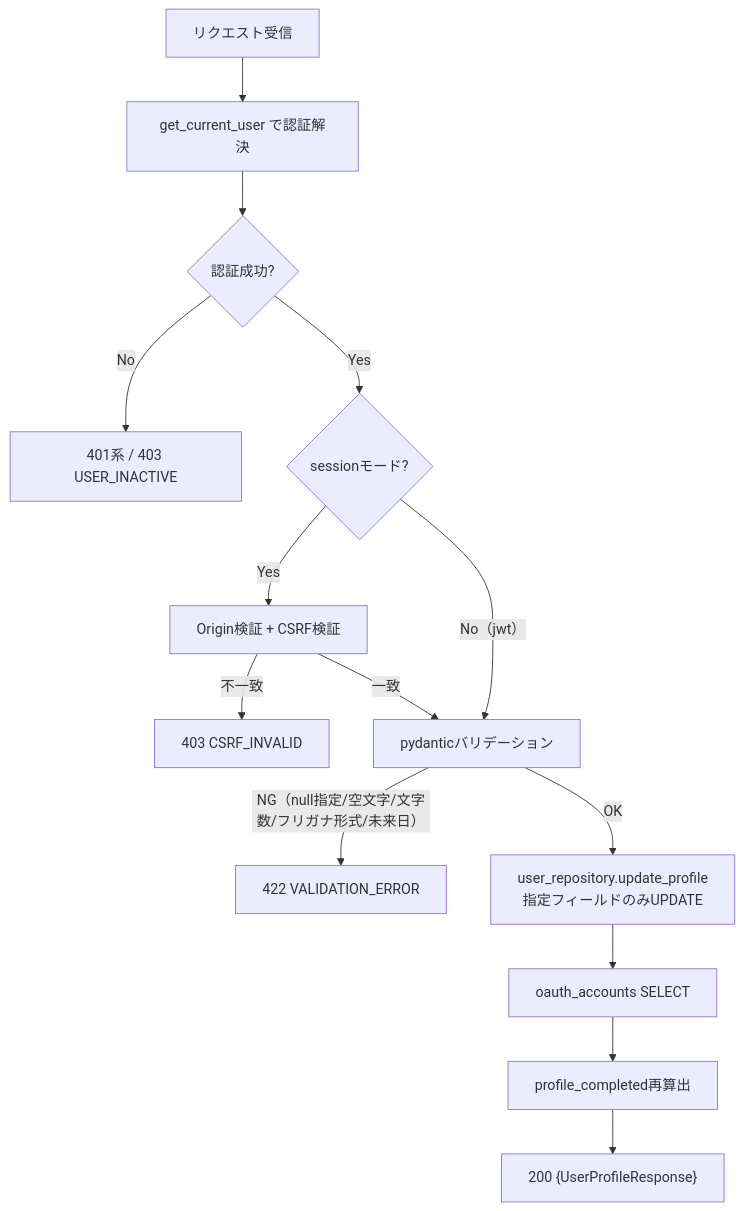
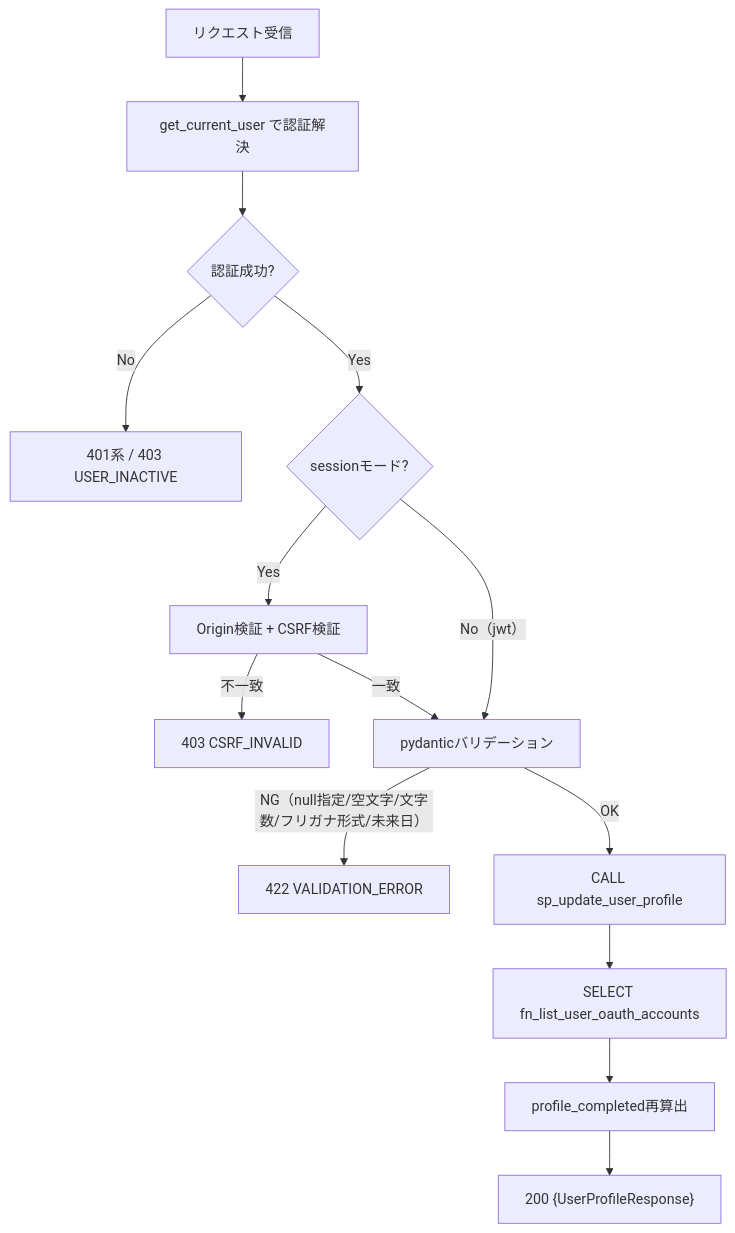
The second of 4 diagrams in detailed_design/api/users/02_patch_users_me.md (oikawa-d/task_management), drawn with Mermaid before and after one commit. The commit also changed other lines of this file and 58 other files, not shown here.

````diff
--- a/detailed_design/api/users/02_patch_users_me.md
+++ b/detailed_design/api/users/02_patch_users_me.md
@@ -143,16 +143,16 @@
 ```mermaid
 flowchart TB
     A["リクエスト受信"] --> B["get_current_user で認証解決"]
     B --> C{"認証成功?"}
     C -->|"No"| E1["401系 / 403 USER_INACTIVE"]
     C -->|"Yes"| D{"sessionモード?"}
     D -->|"Yes"| E["Origin検証 + CSRF検証"]
     E -->|"不一致"| E2["403 CSRF_INVALID"]
     E -->|"一致"| F["pydanticバリデーション"]
     D -->|"No（jwt）"| F
     F -->|"NG（null指定/空文字/文字数/フリガナ形式/未来日）"| E3["422 VALIDATION_ERROR"]
-    F -->|"OK"| G["user_repository.update_profile<br/>指定フィールドのみUPDATE"]
-    G --> H["oauth_accounts SELECT"]
+    F -->|"OK"| G["CALL sp_update_user_profile"]
+    G --> H["SELECT fn_list_user_oauth_accounts"]
     H --> I["profile_completed再算出"]
     I --> J["200 {UserProfileResponse}"]
 ```
````
